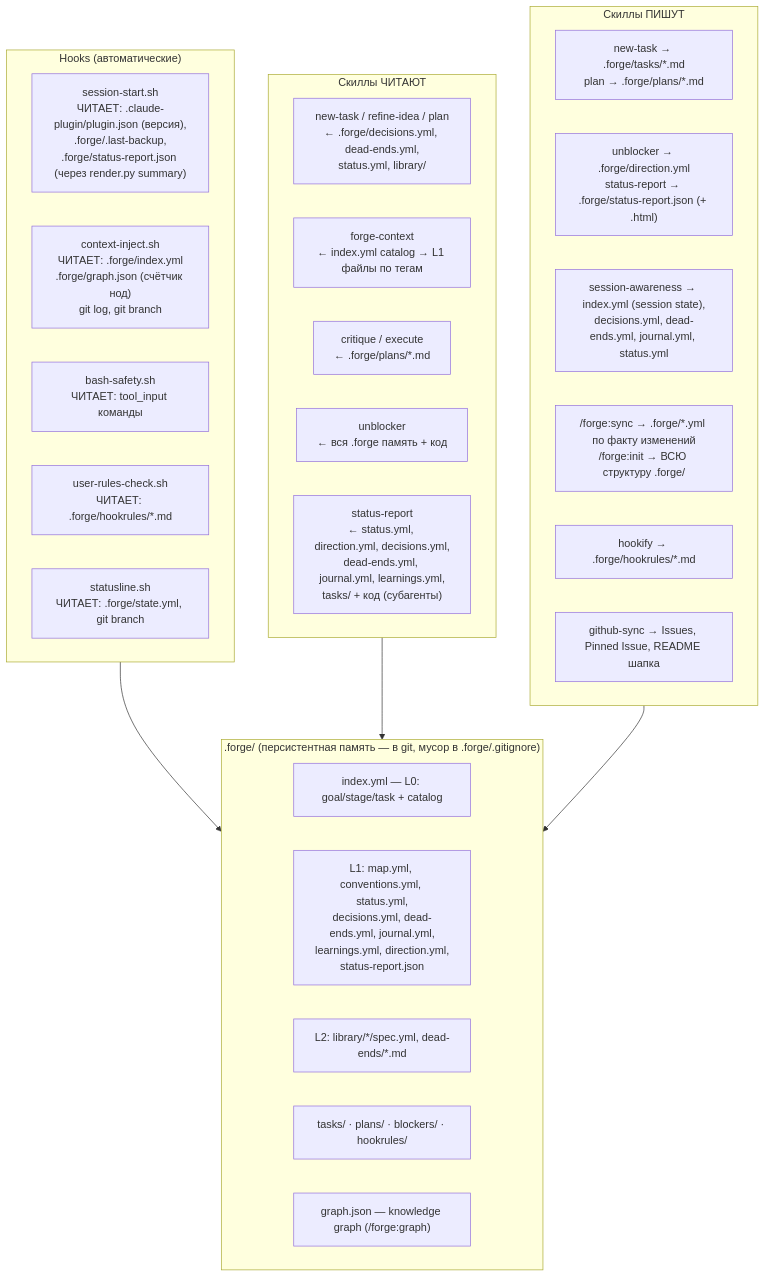
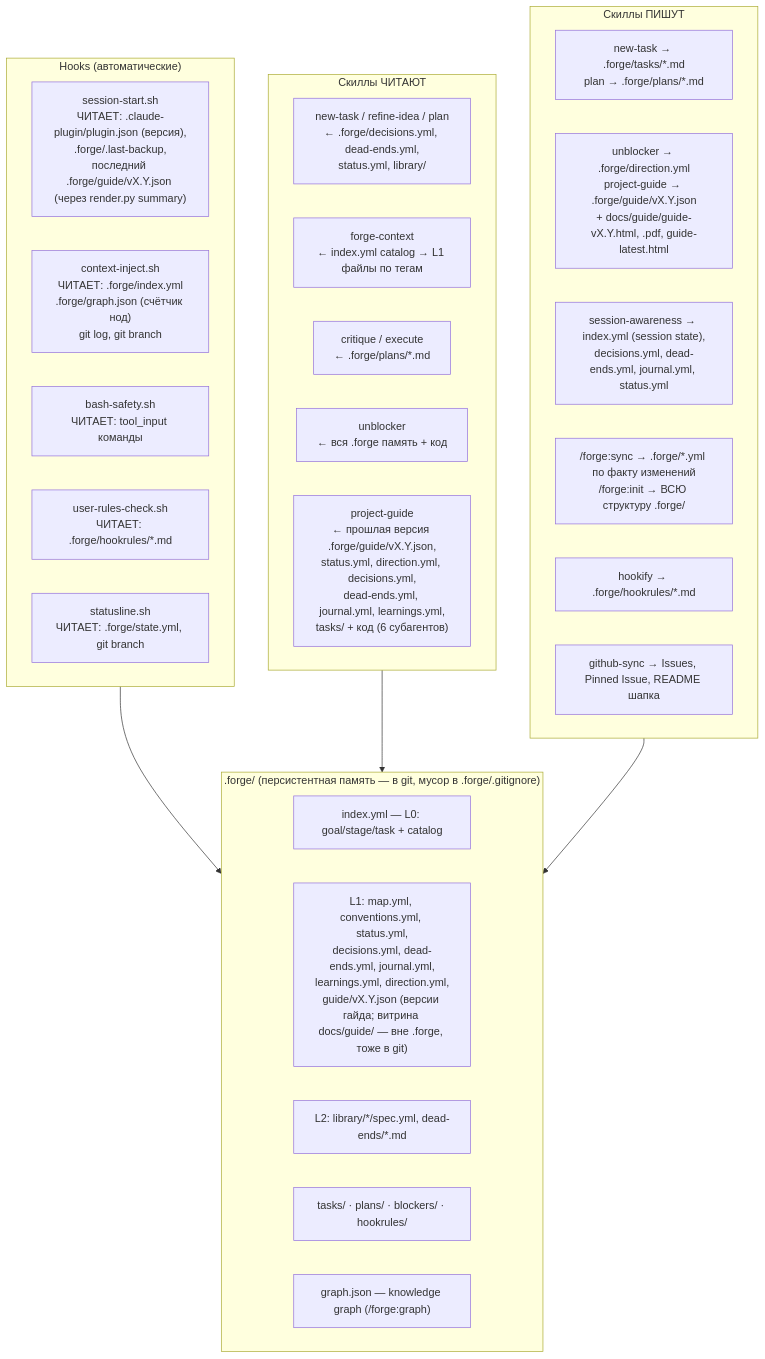
Before and after one commit to anton-ai5010/forge: the fourth of 4 diagrams in forge-plugin/docs/forge-runtime-flow.md, drawn with Mermaid. The commit also changed other lines of this file and 52 other files, not shown here.

````diff
--- a/forge-plugin/docs/forge-runtime-flow.md
+++ b/forge-plugin/docs/forge-runtime-flow.md
@@ -189,39 +191,39 @@
 ```mermaid
 flowchart TB
     subgraph HOOKS["Hooks (автоматические)"]
-        H1["session-start.sh<br/>ЧИТАЕТ: .claude-plugin/plugin.json (версия),<br/>.forge/.last-backup,<br/>.forge/status-report.json (через render.py summary)"]
+        H1["session-start.sh<br/>ЧИТАЕТ: .claude-plugin/plugin.json (версия),<br/>.forge/.last-backup,<br/>последний .forge/guide/vX.Y.json (через render.py summary)"]
         H2["context-inject.sh<br/>ЧИТАЕТ: .forge/index.yml<br/>.forge/graph.json (счётчик нод)<br/>git log, git branch"]
         H3["bash-safety.sh<br/>ЧИТАЕТ: tool_input команды"]
         H4["user-rules-check.sh<br/>ЧИТАЕТ: .forge/hookrules/*.md"]
         H5["statusline.sh<br/>ЧИТАЕТ: .forge/state.yml, git branch"]
     end
 
     subgraph SKILLS_READ["Скиллы ЧИТАЮТ"]
         SR1["new-task / refine-idea / plan<br/>← .forge/decisions.yml, dead-ends.yml,<br/>status.yml, library/"]
         SR2["forge-context<br/>← index.yml catalog → L1 файлы по тегам"]
         SR3["critique / execute<br/>← .forge/plans/*.md"]
         SR4["unblocker<br/>← вся .forge память + код"]
-        SR5["status-report<br/>← status.yml, direction.yml, decisions.yml,<br/>dead-ends.yml, journal.yml, learnings.yml,<br/>tasks/ + код (субагенты)"]
+        SR5["project-guide<br/>← прошлая версия .forge/guide/vX.Y.json,<br/>status.yml, direction.yml, decisions.yml,<br/>dead-ends.yml, journal.yml, learnings.yml,<br/>tasks/ + код (6 субагентов)"]
     end
 
     subgraph SKILLS_WRITE["Скиллы ПИШУТ"]
         SW1["new-task → .forge/tasks/*.md<br/>plan → .forge/plans/*.md"]
-        SW2["unblocker → .forge/direction.yml<br/>status-report → .forge/status-report.json (+ .html)"]
+        SW2["unblocker → .forge/direction.yml<br/>project-guide → .forge/guide/vX.Y.json<br/>+ docs/guide/guide-vX.Y.html, .pdf, guide-latest.html"]
         SW3["session-awareness → index.yml (session state),<br/>decisions.yml, dead-ends.yml, journal.yml, status.yml"]
         SW4["/forge:sync → .forge/*.yml по факту изменений<br/>/forge:init → ВСЮ структуру .forge/"]
         SW5["hookify → .forge/hookrules/*.md"]
         SW6["github-sync → Issues, Pinned Issue, README шапка"]
     end
 
     subgraph DOCS[".forge/ (персистентная память — в git, мусор в .forge/.gitignore)"]
         D1["index.yml — L0: goal/stage/task + catalog"]
-        D2["L1: map.yml, conventions.yml, status.yml,<br/>decisions.yml, dead-ends.yml, journal.yml,<br/>learnings.yml, direction.yml,<br/>status-report.json"]
+        D2["L1: map.yml, conventions.yml, status.yml,<br/>decisions.yml, dead-ends.yml, journal.yml,<br/>learnings.yml, direction.yml,<br/>guide/vX.Y.json (версии гайда; витрина docs/guide/ — вне .forge, тоже в git)"]
         D3["L2: library/*/spec.yml, dead-ends/*.md"]
         D4["tasks/ · plans/ · blockers/ · hookrules/"]
         D5["graph.json — knowledge graph (/forge:graph)"]
     end
 
     HOOKS --> DOCS
     SKILLS_READ --> DOCS
     SKILLS_WRITE --> DOCS
 ```
````
